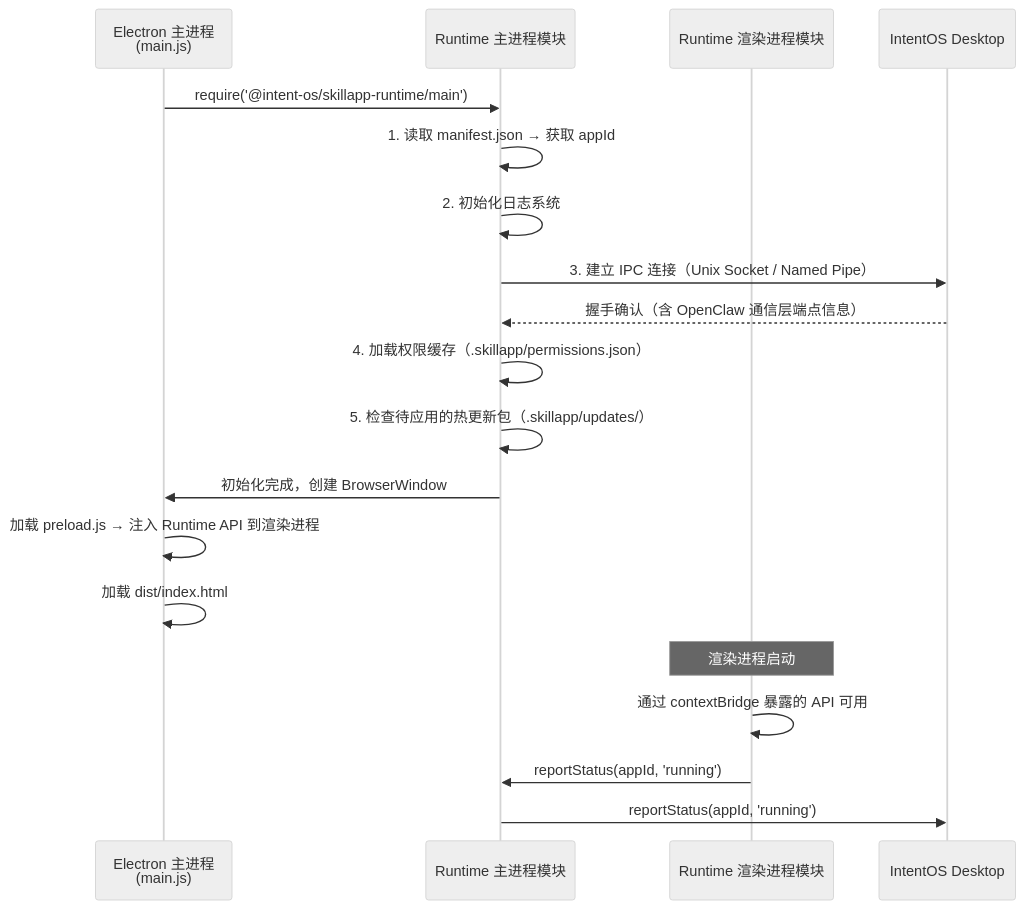
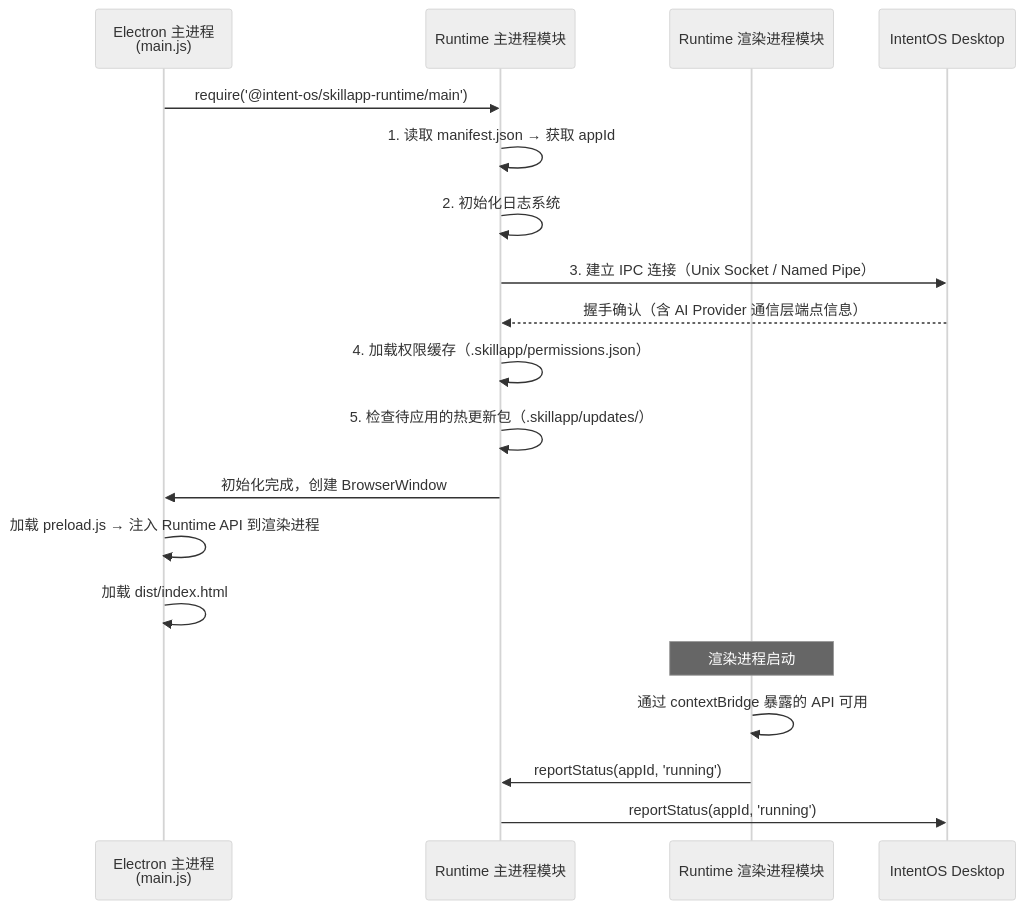
The second of 8 diagrams in docs/spec/skillapp-spec.md (digimads-lab/intent-os), drawn with Mermaid (neutral theme) before and after one commit. The commit also changed other lines of this file, not shown here.

````diff
--- a/docs/spec/skillapp-spec.md
+++ b/docs/spec/skillapp-spec.md
@@ -143,23 +143,23 @@
 ```mermaid
 sequenceDiagram
     participant E as Electron 主进程<br/>(main.js)
     participant RT_M as Runtime 主进程模块
     participant RT_R as Runtime 渲染进程模块
     participant IOS as IntentOS Desktop
 
     E->>RT_M: require('@intent-os/skillapp-runtime/main')
     RT_M->>RT_M: 1. 读取 manifest.json → 获取 appId
     RT_M->>RT_M: 2. 初始化日志系统
     RT_M->>IOS: 3. 建立 IPC 连接（Unix Socket / Named Pipe）
-    IOS-->>RT_M: 握手确认（含 OpenClaw 通信层端点信息）
+    IOS-->>RT_M: 握手确认（含 AI Provider 通信层端点信息）
     RT_M->>RT_M: 4. 加载权限缓存（.skillapp/permissions.json）
     RT_M->>RT_M: 5. 检查待应用的热更新包（.skillapp/updates/）
     RT_M->>E: 初始化完成，创建 BrowserWindow
     E->>E: 加载 preload.js → 注入 Runtime API 到渲染进程
     E->>E: 加载 dist/index.html
 
     Note over RT_R: 渲染进程启动
     RT_R->>RT_R: 通过 contextBridge 暴露的 API 可用
     RT_R->>RT_M: reportStatus(appId, 'running')
     RT_M->>IOS: reportStatus(appId, 'running')
 ```
````
